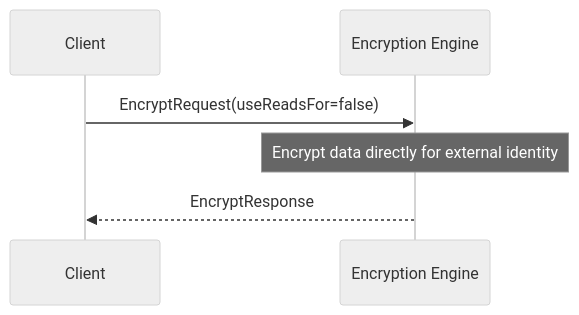
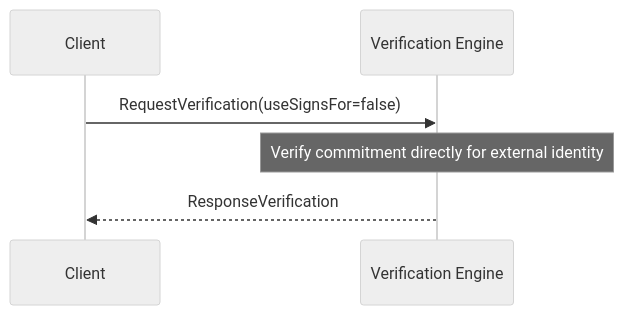
The first of 2 diagrams in docs/arch/node/engines/verification_messages.juvix.md (anoma/nspec), drawn with Mermaid (neutral theme) before and after one commit. The commit also changed other lines of this file and 7 other files, not shown here.

````diff
--- a/docs/arch/node/engines/verification_messages.juvix.md
+++ b/docs/arch/node/engines/verification_messages.juvix.md
@@ -80,9 +86,9 @@
 ```mermaid
 sequenceDiagram
     participant C as Client
-    participant EE as Encryption Engine
+    participant VE as Verification Engine
 
-    C->>EE: EncryptRequest(useReadsFor=false)
-    Note over EE: Encrypt data directly for external identity
-    EE-->>C: EncryptResponse
+    C->>VE: RequestVerification(useSignsFor=false)
+    Note over VE: Verify commitment directly for external identity
+    VE-->>C: ResponseVerification
 ```
````
